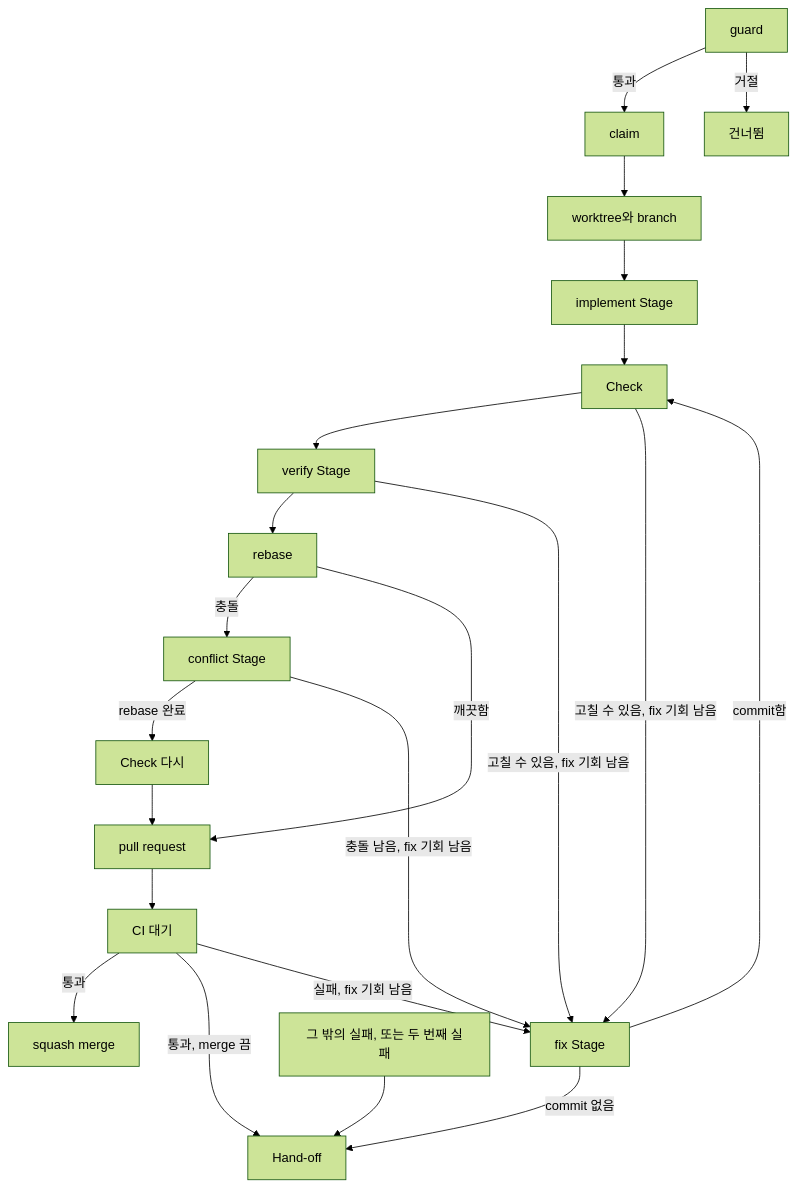
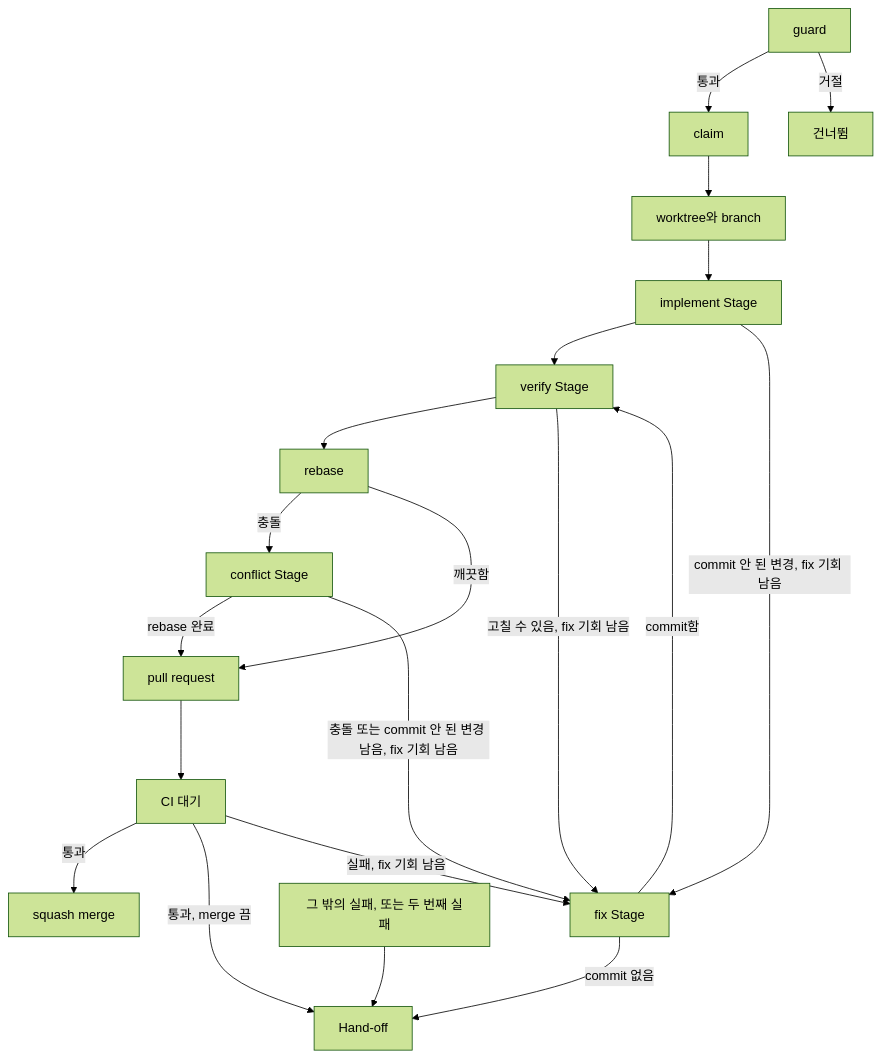
Before and after one commit to jjongs2/ticket-runner: the first of 2 diagrams in wiki/ko/guide/ticket-to-merge.md, drawn with Mermaid (forest theme). The commit also changed other lines of this file and 56 other files, not shown here.

````diff
--- a/wiki/ko/guide/ticket-to-merge.md
+++ b/wiki/ko/guide/ticket-to-merge.md
@@ -23,24 +22,22 @@
 ```mermaid
 flowchart TD
     G["guard"] -->|통과| C["claim"]
     G -->|거절| S["건너뜀"]
     C --> W["worktree와 branch"]
     W --> I["implement Stage"]
-    I --> K["Check"]
-    K --> V["verify Stage"]
+    I --> V["verify Stage"]
     V --> R["rebase"]
     R -->|충돌| X["conflict Stage"]
-    X -->|rebase 완료| K2["Check 다시"]
     R -->|깨끗함| P["pull request"]
-    K2 --> P
+    X -->|rebase 완료| P
     P --> CI["CI 대기"]
     CI -->|통과| M["squash merge"]
     CI -->|"통과, merge 끔"| H
-    K -->|"고칠 수 있음, fix 기회 남음"| F["fix Stage"]
+    I -->|"commit 안 된 변경, fix 기회 남음"| F["fix Stage"]
     V -->|"고칠 수 있음, fix 기회 남음"| F
-    X -->|"충돌 남음, fix 기회 남음"| F
+    X -->|"충돌 또는 commit 안 된 변경 남음, fix 기회 남음"| F
     CI -->|"실패, fix 기회 남음"| F
-    F -->|commit함| K
+    F -->|commit함| V
     F -->|commit 없음| H["Hand-off"]
     O["그 밖의 실패, 또는 두 번째 실패"] --> H
 ```
````
